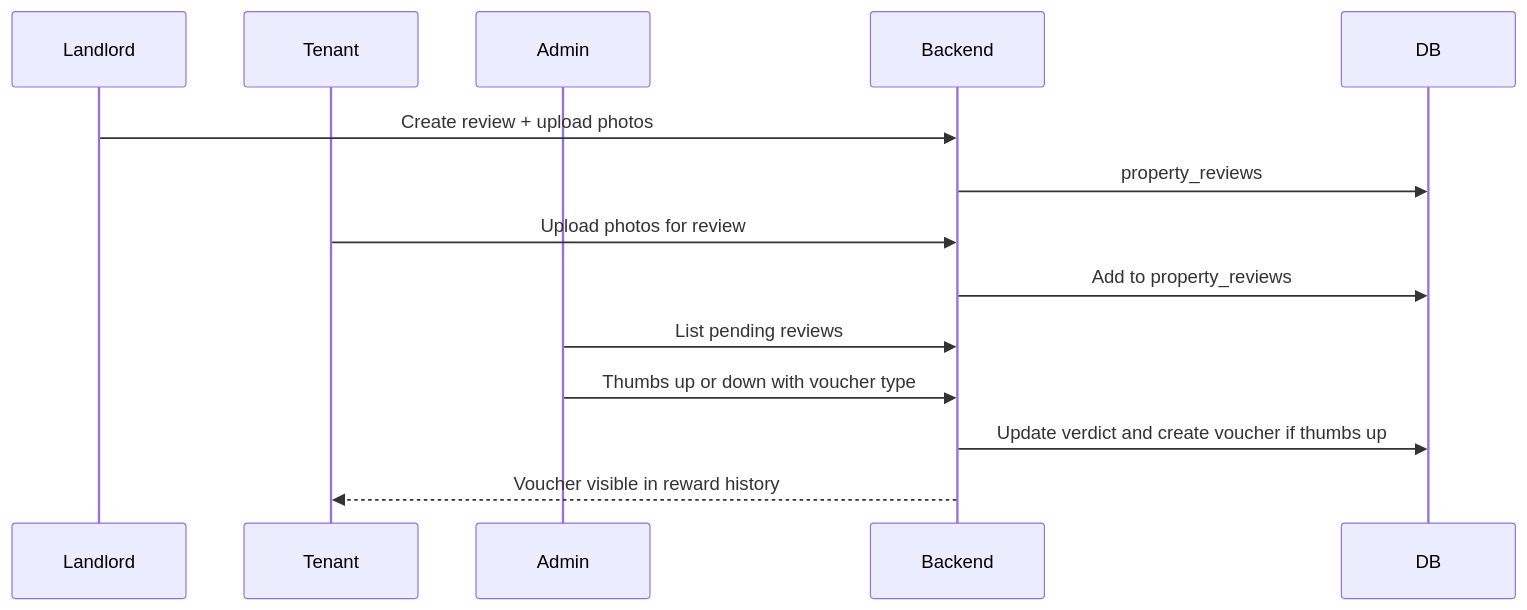
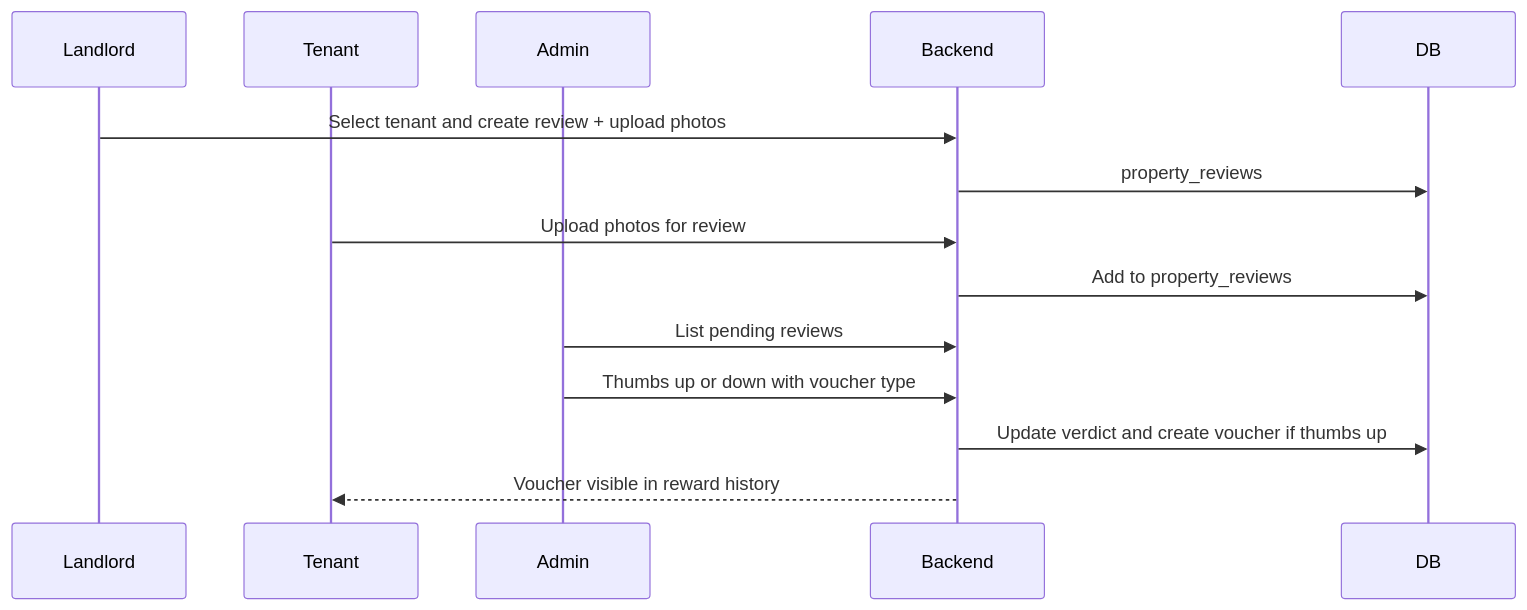
The diagram in specs/property-photo-review.md (bwidthez/CursorHackathon), drawn with Mermaid before and after one commit. The commit also changed other lines of this file and 13 other files, not shown here.

````diff
--- a/specs/property-photo-review.md
+++ b/specs/property-photo-review.md
@@ -26,17 +26,17 @@
 ```mermaid
 sequenceDiagram
   participant Landlord
   participant Tenant
   participant Admin
   participant Backend
   participant DB
 
-  Landlord->>Backend: Create review + upload photos
+  Landlord->>Backend: Select tenant and create review + upload photos
   Backend->>DB: property_reviews
   Tenant->>Backend: Upload photos for review
   Backend->>DB: Add to property_reviews
   Admin->>Backend: List pending reviews
   Admin->>Backend: Thumbs up or down with voucher type
   Backend->>DB: Update verdict and create voucher if thumbs up
   Backend-->>Tenant: Voucher visible in reward history
 ```
````
